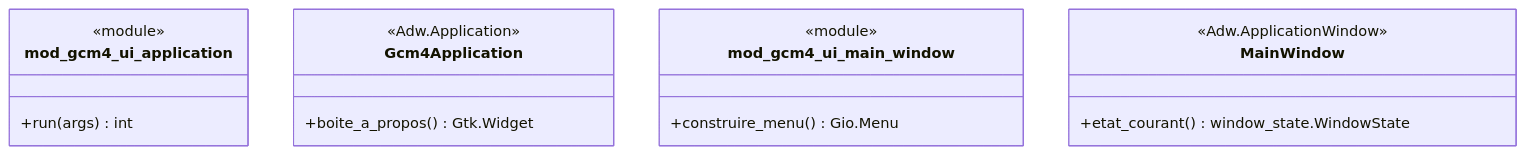
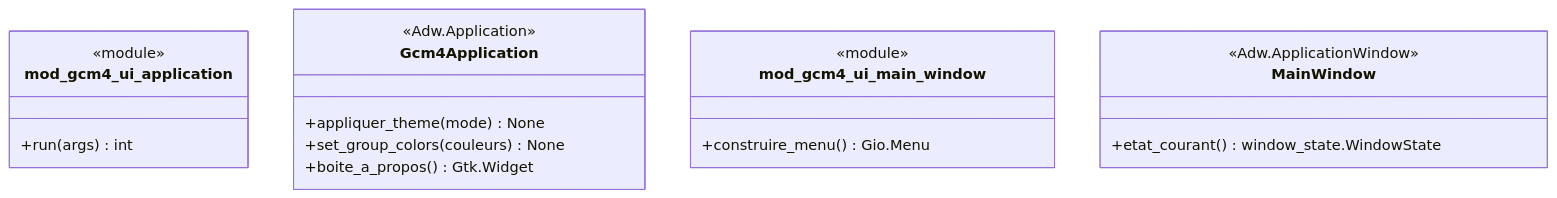
Before and after one commit to Mathide-Team/Gcm4: the seventh of 7 diagrams in docs/class-diagram.md, drawn with Mermaid. The commit also changed other lines of this file and 12 other files, not shown here.

Commit message:
feat(#135): thème (Adw.StyleManager, theme-mode/dark-mode), menu Affichage > thème, style.css audité, classes de couleur ; état de fenêtre écrit de façon sûre (0600, fichier corrompu jamais réécrit)

````diff
--- a/docs/class-diagram.md
+++ b/docs/class-diagram.md
@@ -1409,19 +1419,21 @@
 ```mermaid
 classDiagram
     class mod_gcm4_ui_application {
         <<module>>
         +run(args) int
     }
     class Gcm4Application {
         <<Adw.Application>>
+        +appliquer_theme(mode) None
+        +set_group_colors(couleurs) None
         +boite_a_propos() Gtk.Widget
     }
     class mod_gcm4_ui_main_window {
         <<module>>
         +construire_menu() Gio.Menu
     }
     class MainWindow {
         <<Adw.ApplicationWindow>>
         +etat_courant() window_state.WindowState
     }
 ```
````
